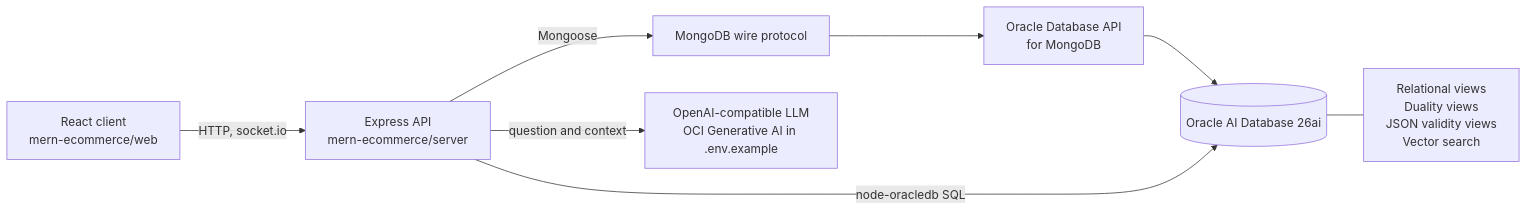
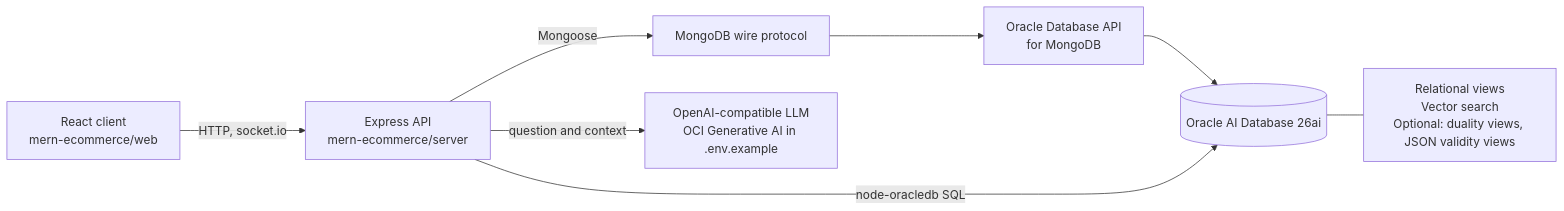
One commit to jasperan/mongodb-migrate-oci changed the diagram in README.md. Above: the diagram before and after it, drawn with Mermaid. The commit also changed other lines of this file and 10 other files, not shown here.

Commit message:
Lab 8: dot-notation relational views; duality and validity views optional

````diff
--- a/README.md
+++ b/README.md
@@ -304,10 +304,10 @@
 ```mermaid
 flowchart LR
   UI["React client<br/>mern-ecommerce/web"] -->|"HTTP, socket.io"| API["Express API<br/>mern-ecommerce/server"]
   API -->|"Mongoose"| WIRE["MongoDB wire protocol"]
   WIRE --> MAPI["Oracle Database API<br/>for MongoDB"]
   MAPI --> DB[("Oracle AI Database 26ai")]
   API -->|"node-oracledb SQL"| DB
-  DB --- V["Relational views<br/>Duality views<br/>JSON validity views<br/>Vector search"]
+  DB --- V["Relational views<br/>Vector search<br/>Optional: duality views, JSON validity views"]
   API -->|"question and context"| LLM["OpenAI-compatible LLM<br/>OCI Generative AI in .env.example"]
 ```
````
